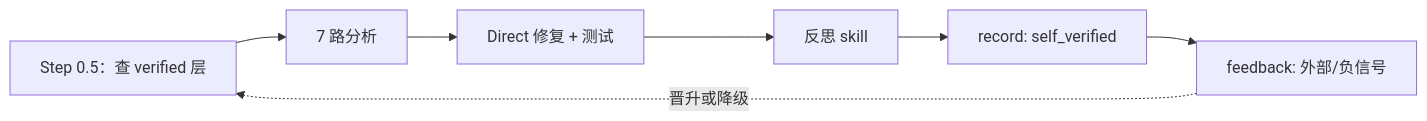
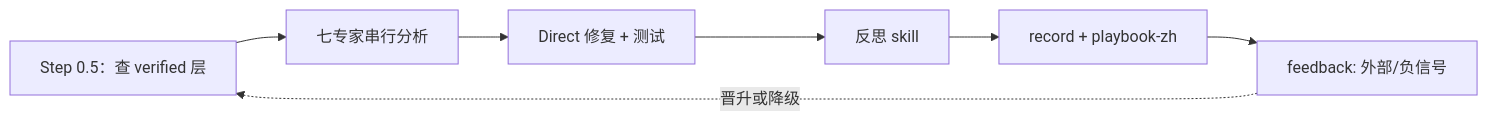
The second of 2 diagrams in README.md (whitequeen306/code-cortex-loop), drawn with Mermaid before and after one commit. The commit also changed other lines of this file, not shown here.

````diff
--- a/README.md
+++ b/README.md
@@ -176,9 +178,9 @@
 ```mermaid
 flowchart LR
-  pre["Step 0.5：查 verified 层"] --> analyze["7 路分析"]
-  analyze --> fix["Direct 修复 + 测试"]
+  pre["Step 0.5：查 verified 层"] --> pipe["七专家串行分析"]
+  pipe --> fix["Direct 修复 + 测试"]
   fix --> reflect["反思 skill"]
-  reflect --> record["record: self_verified"]
+  reflect --> record["record + playbook-zh"]
   record --> feedback["feedback: 外部/负信号"]
   feedback -.晋升或降级.-> pre
 ```
````
